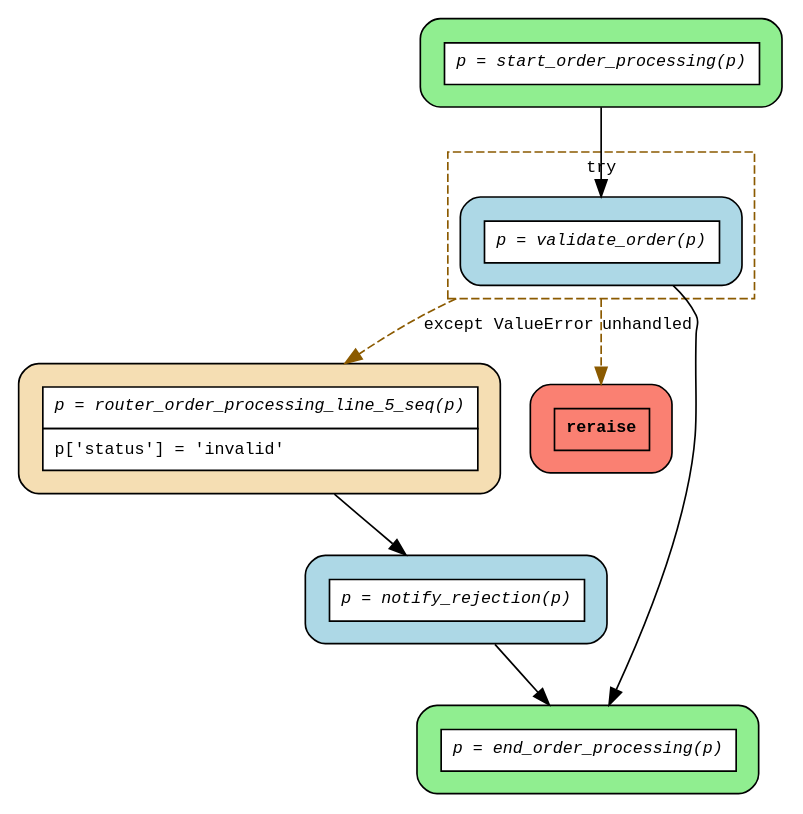
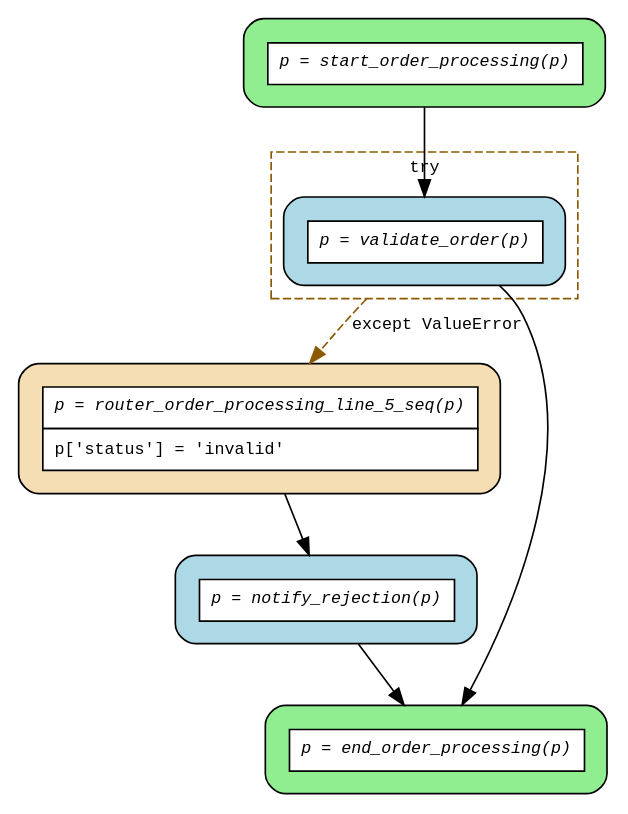
One commit to deliveryhero/asya changed the diagram in examples/flows/compiled/try_except_simple/flow.dot. Above: the diagram before and after it, drawn with Graphviz. The commit also changed 10 other files, not shown here.

First line of the commit message:
feat(flow): remove reraise from DOT, add retry loop example

```diff
--- a/examples/flows/compiled/try_except_simple/flow.dot
+++ b/examples/flows/compiled/try_except_simple/flow.dot
@@ -1,28 +1,26 @@
 digraph flow {
   rankdir=TB;
   compound=true;
   graph [fontname="Courier", fontsize=10];
   node [fontname="Courier", fontsize=10, shape=box, style="filled,rounded", margin="0.2"];
   edge [fontname="Courier", fontsize=10];
 
   start_order_processing [fillcolor="lightgreen", label=<<table border="0" cellspacing="0" cellpadding="6" cellborder="1"><tr><td bgcolor="white" align="center"><i>p = start_order_processing(p)</i></td></tr></table>>];
   router_order_processing_line_5_seq [fillcolor="wheat", label=<<table border="0" cellspacing="0" cellpadding="6" cellborder="1"><tr><td bgcolor="white" align="center"><i>p = router_order_processing_line_5_seq(p)</i></td></tr><tr><td bgcolor="white" align="left">p['status'] = 'invalid'</td></tr></table>>];
-  router_order_processing_line_2_reraise_0 [fillcolor="salmon", label=<<table border="0" cellspacing="0" cellpadding="6" cellborder="1"><tr><td bgcolor="salmon"><b>reraise</b></td></tr></table>>];
   end_order_processing [fillcolor="lightgreen", label=<<table border="0" cellspacing="0" cellpadding="6" cellborder="1"><tr><td bgcolor="white" align="center"><i>p = end_order_processing(p)</i></td></tr></table>>];
   notify_rejection [fillcolor="lightblue", label=<<table border="0" cellspacing="0" cellpadding="6" cellborder="1"><tr><td bgcolor="white" align="center"><i>p = notify_rejection(p)</i></td></tr></table>>];
   subgraph cluster_try_0 {
     style=dashed;
     color="orange4";
     fontname="Courier";
     fontsize=10;
     label="try";
     validate_order [fillcolor="lightblue", label=<<table border="0" cellspacing="0" cellpadding="6" cellborder="1"><tr><td bgcolor="white" align="center"><i>p = validate_order(p)</i></td></tr></table>>];
   }
 
   notify_rejection -> end_order_processing;
   router_order_processing_line_5_seq -> notify_rejection;
   start_order_processing -> validate_order;
   validate_order -> end_order_processing;
-  validate_order -> router_order_processing_line_2_reraise_0 [ltail=cluster_try_0, color=orange4, style=dashed, label="unhandled"];
   validate_order -> router_order_processing_line_5_seq [ltail=cluster_try_0, color=orange4, style=dashed, label="except ValueError"];
 }
```
